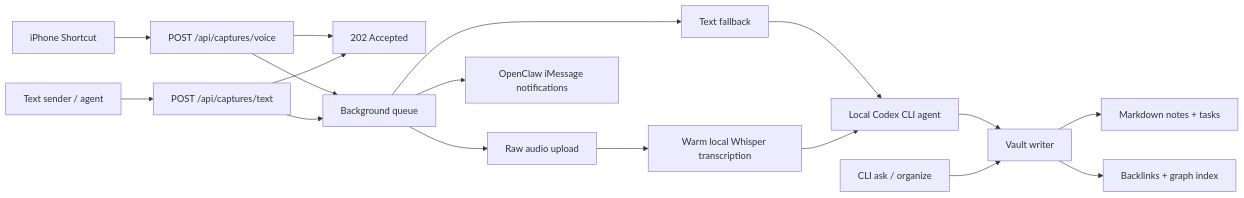
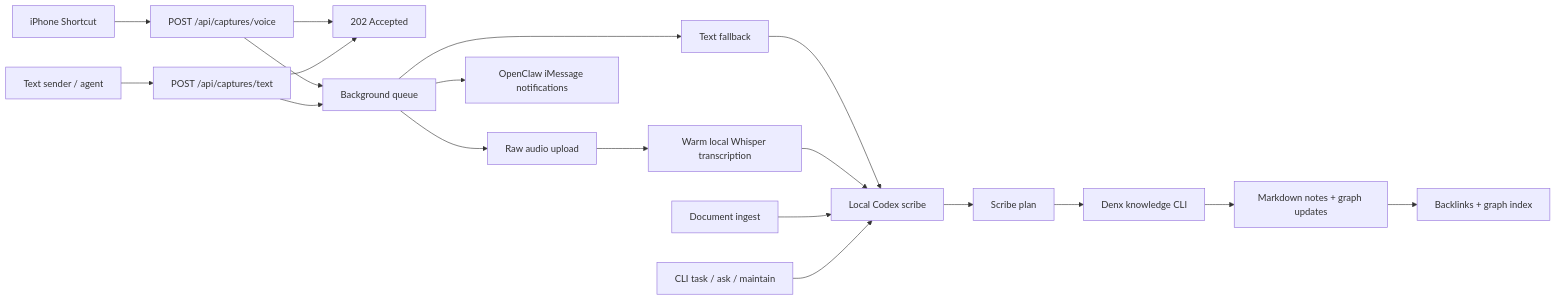
Before and after one commit to dbillor/DENX: the second of 2 diagrams in README.md, drawn with Mermaid. The commit also changed other lines of this file and 20 other files, not shown here.

Commit message:
Implement Denx v3 scribe core

````diff
--- a/README.md
+++ b/README.md
@@ -217,19 +237,21 @@
 ```mermaid
 flowchart LR
   A["iPhone Shortcut"] --> B["POST /api/captures/voice"]
   A2["Text sender / agent"] --> B2["POST /api/captures/text"]
   B --> C["202 Accepted"]
   B2 --> C
   B --> D["Background queue"]
   B2 --> D
   D --> E["Raw audio upload"]
   D --> F["Text fallback"]
   E --> G["Warm local Whisper transcription"]
-  F --> H["Local Codex CLI agent"]
+  F --> H["Local Codex scribe"]
   G --> H
-  H --> I["Vault writer"]
-  I --> J["Markdown notes + tasks"]
-  I --> K["Backlinks + graph index"]
-  D --> L["OpenClaw iMessage notifications"]
-  M["CLI ask / organize"] --> I
+  N["Document ingest"] --> H
+  H --> I["Scribe plan"]
+  I --> J["Denx knowledge CLI"]
+  J --> K["Markdown notes + graph updates"]
+  K --> L["Backlinks + graph index"]
+  D --> M["OpenClaw iMessage notifications"]
+  O["CLI task / ask / maintain"] --> H
 ```
````
